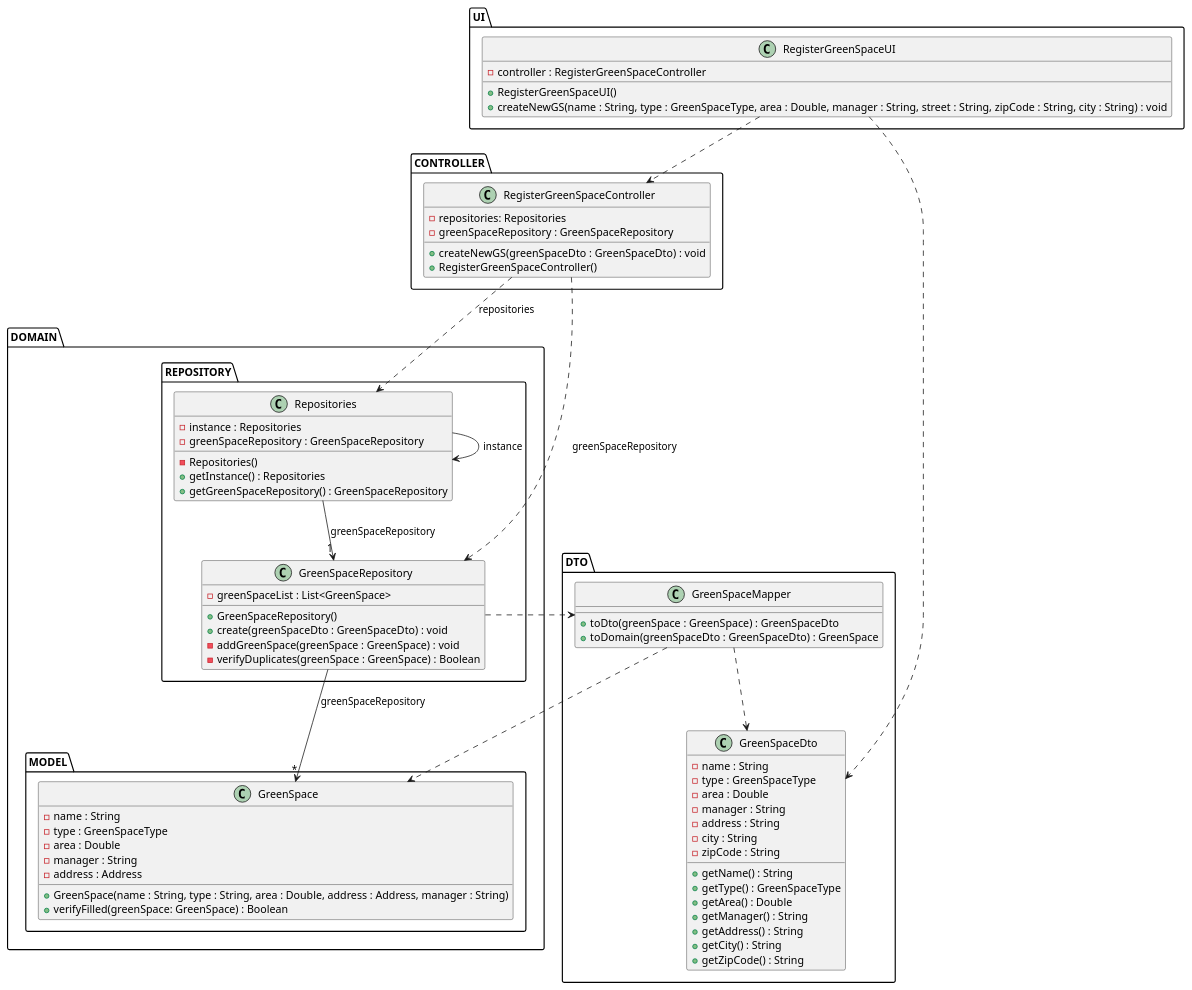
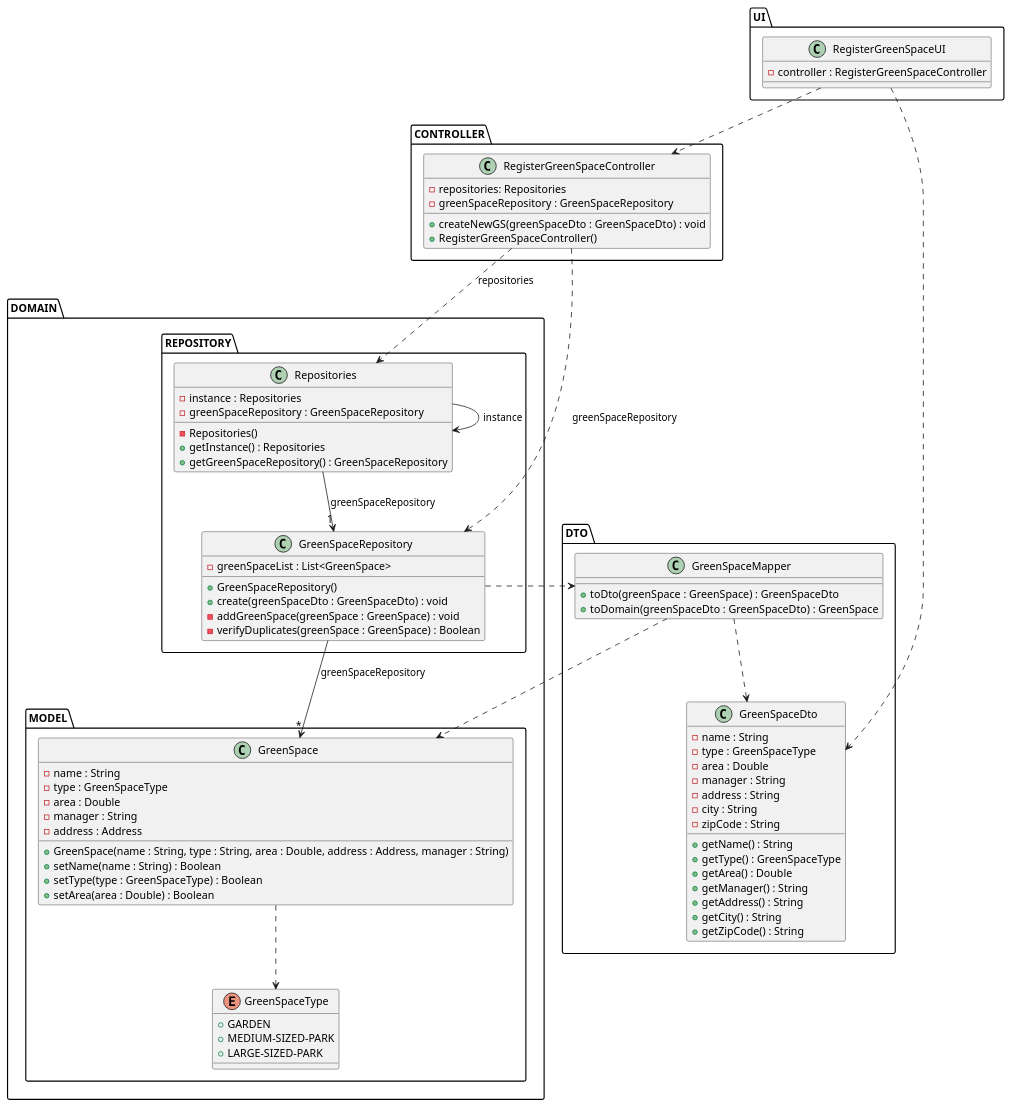
One commit to ricardomm7/leaflink changed the diagram in docs/sprintC/us020/03.design/puml/us020-class-diagram.puml. Above: the diagram before and after it, drawn with PlantUML. The commit also changed 21 other files, not shown here.

```diff
--- a/docs/sprintC/us020/03.design/puml/us020-class-diagram.puml
+++ b/docs/sprintC/us020/03.design/puml/us020-class-diagram.puml
@@ -1,89 +1,94 @@
 @startuml
 skinparam shadowing false
 skinparam line type polyline
 
 'left to right direction
 package UI {
     class RegisterGreenSpaceUI {
         - controller : RegisterGreenSpaceController
-        + RegisterGreenSpaceUI()
-        + createNewGS(name : String, type : GreenSpaceType, area : Double, manager : String, street : String, zipCode : String, city : String) : void
-        '- parseAddress(street : String, zipcode : String, city : String) : Address
     }
 }
 
 package CONTROLLER {
     class RegisterGreenSpaceController {
         - repositories: Repositories
         - greenSpaceRepository : GreenSpaceRepository
         + createNewGS(greenSpaceDto : GreenSpaceDto) : void
         + RegisterGreenSpaceController()
     }
 }
 
 package DOMAIN {
 package REPOSITORY {
     class Repositories {
         - instance : Repositories
         - greenSpaceRepository : GreenSpaceRepository
         - Repositories()
         + getInstance() : Repositories
         + getGreenSpaceRepository() : GreenSpaceRepository
     }
 
     class GreenSpaceRepository {
         - greenSpaceList : List<GreenSpace>
         + GreenSpaceRepository()
         + create(greenSpaceDto : GreenSpaceDto) : void
         - addGreenSpace(greenSpace : GreenSpace) : void
         - verifyDuplicates(greenSpace : GreenSpace) : Boolean
     }
     }
 package MODEL{
     class GreenSpace {
         - name : String
         - type : GreenSpaceType
         - area : Double
         - manager : String
         - address : Address
         + GreenSpace(name : String, type : String, area : Double, address : Address, manager : String)
-        + verifyFilled(greenSpace: GreenSpace) : Boolean
+        + setName(name : String) : Boolean
+        + setType(type : GreenSpaceType) : Boolean
+        + setArea(area : Double) : Boolean
     }
+       enum GreenSpaceType{
+       +GARDEN
+       +MEDIUM-SIZED-PARK
+       +LARGE-SIZED-PARK
+       }
 }
 }
 package DTO{
     class GreenSpaceDto{
         - name : String
         - type : GreenSpaceType
         - area : Double
         - manager : String
         - address : String
         - city : String
         - zipCode : String
         + getName() : String
         + getType() : GreenSpaceType
         + getArea() : Double
         + getManager() : String
         + getAddress() : String
         + getCity() : String
         + getZipCode() : String
     }
 
     class GreenSpaceMapper{
         +toDto(greenSpace : GreenSpace) : GreenSpaceDto
         +toDomain(greenSpaceDto : GreenSpaceDto) : GreenSpace
     }
     }
 
 RegisterGreenSpaceUI ..> RegisterGreenSpaceController
 RegisterGreenSpaceController ..> Repositories: repositories
 Repositories --> Repositories: instance
 RegisterGreenSpaceController ..> GreenSpaceRepository: greenSpaceRepository
 Repositories --> "1"GreenSpaceRepository: greenSpaceRepository
 GreenSpaceRepository -->"*" GreenSpace: greenSpaceRepository
 RegisterGreenSpaceUI ..> GreenSpaceDto
 GreenSpaceRepository ..> GreenSpaceMapper
 GreenSpaceMapper ..> GreenSpace
 GreenSpaceMapper ..> GreenSpaceDto
+GreenSpace ..> GreenSpaceType
 
 @enduml
```
